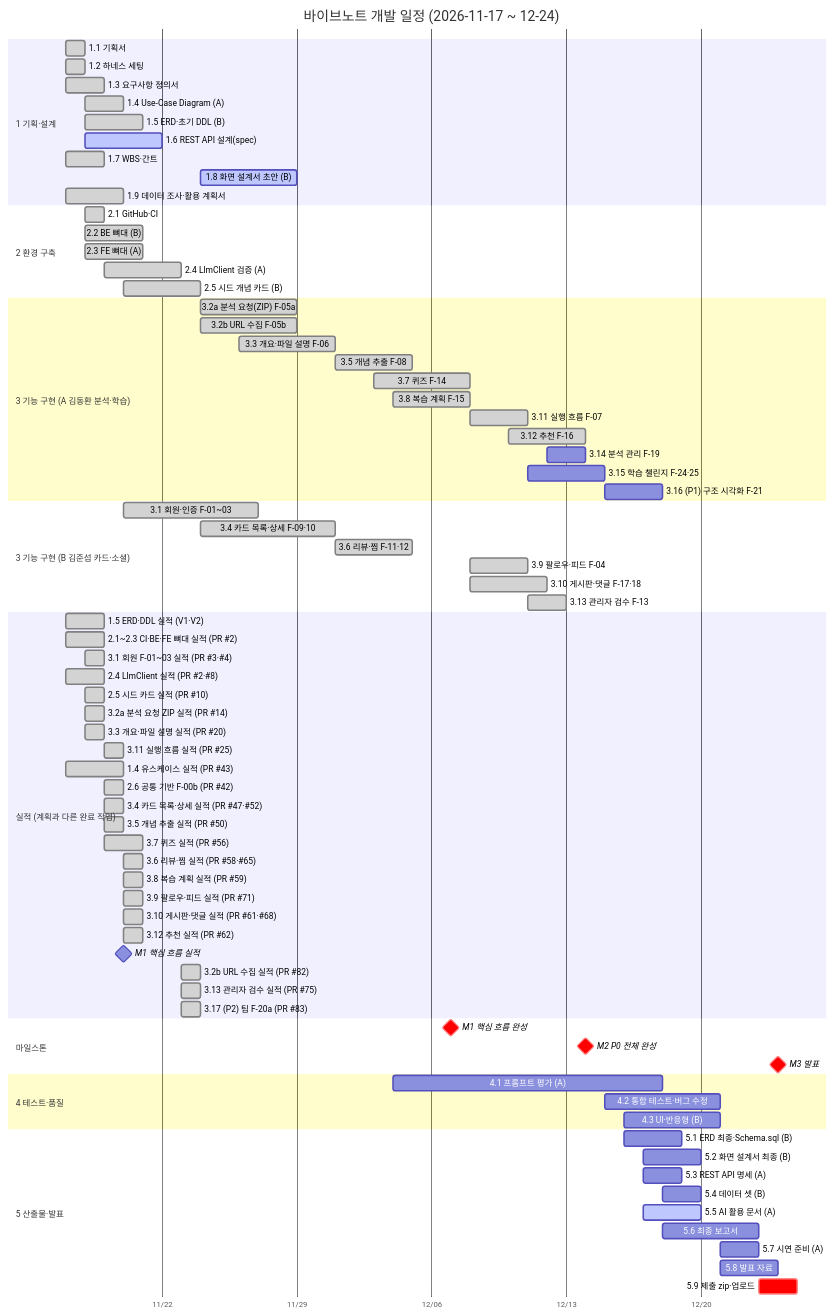
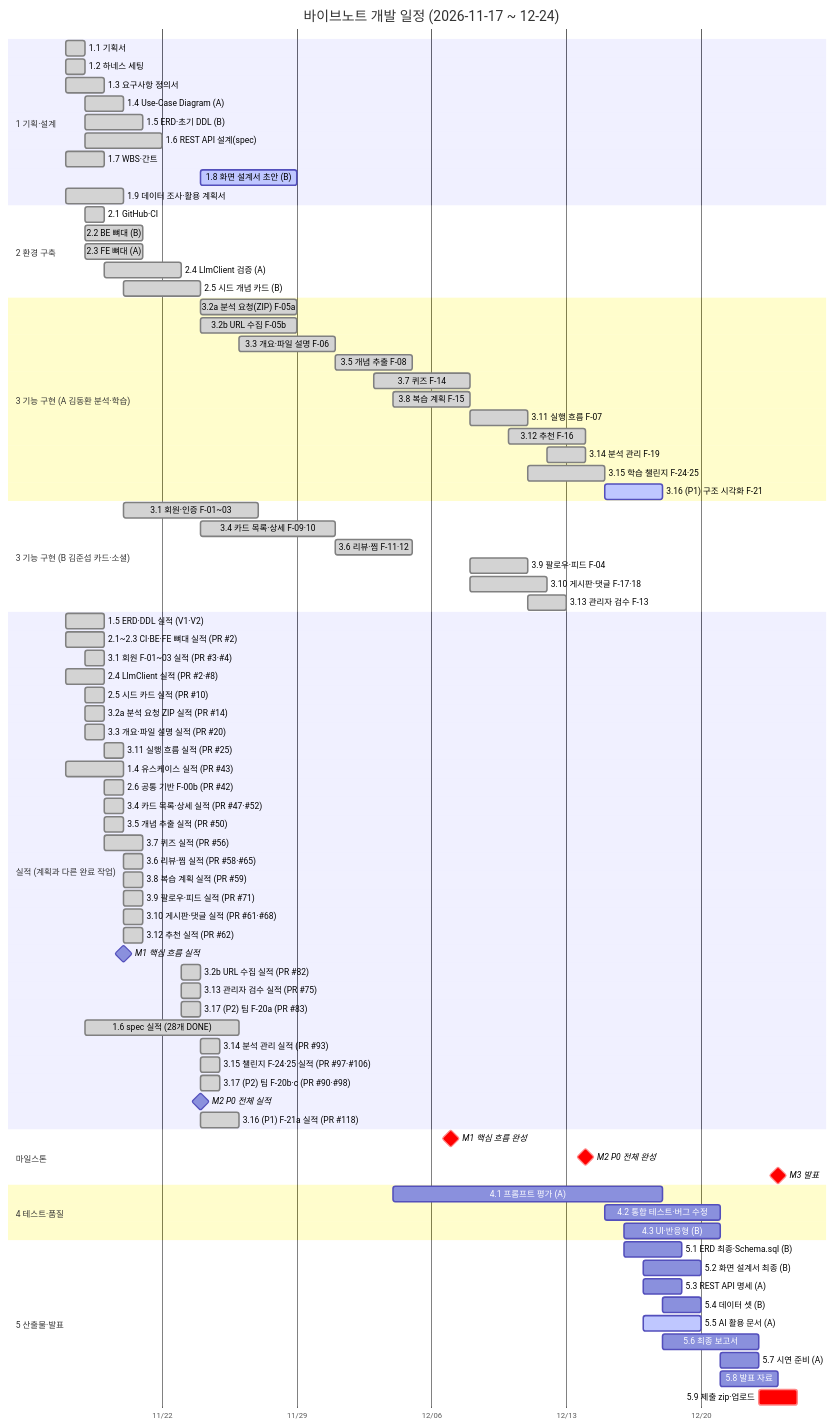
The diagram in docs/산출물/05-간트차트.md (whans1996/final), drawn with Mermaid before and after one commit. The commit also changed other lines of this file and 6 other files, not shown here.

```diff
--- a/docs/산출물/05-간트차트.md
+++ b/docs/산출물/05-간트차트.md
@@ -17,7 +17,7 @@
   1.3 요구사항 정의서            :done,    t13, 2026-11-17, 2d
   1.4 Use-Case Diagram (A)       :done,    t14, 2026-11-18, 2d
   1.5 ERD·초기 DDL (B)           :done,    t15, 2026-11-18, 3d
-  1.6 REST API 설계(spec)        :active,  t16, 2026-11-18, 4d
+  1.6 REST API 설계(spec)        :done,    t16, 2026-11-18, 4d
   1.7 WBS·간트                   :done,    t17, 2026-11-17, 2d
   1.8 화면 설계서 초안 (B)       :active,  t18, 2026-11-24, 5d
   1.9 데이터 조사·활용 계획서    :done,    t19, 2026-11-17, 3d
@@ -38,9 +38,9 @@
   3.8 복습 계획 F-15             :done,    t38, 2026-12-04, 4d
   3.11 실행 흐름 F-07            :done,    t311, 2026-12-08, 3d
   3.12 추천 F-16                 :done,    t312, 2026-12-10, 4d
-  3.14 분석 관리 F-19            :         t314, 2026-12-12, 2d
-  3.15 학습 챌린지 F-24·25       :         t315, 2026-12-11, 4d
-  3.16 (P1) 구조 시각화 F-21     :         t316, 2026-12-15, 3d
+  3.14 분석 관리 F-19            :done,    t314, 2026-12-12, 2d
+  3.15 학습 챌린지 F-24·25       :done,    t315, 2026-12-11, 4d
+  3.16 (P1) 구조 시각화 F-21     :active,  t316, 2026-12-15, 3d
 
   section 3 기능 구현 (B 김준섭 카드·소셜)
   3.1 회원·인증 F-01~03          :done,    t31, 2026-11-20, 7d
@@ -73,6 +73,12 @@
   3.2b URL 수집 실적 (PR #82)    :done,    a32b, 2026-11-23, 1d
   3.13 관리자 검수 실적 (PR #75) :done,    a313, 2026-11-23, 1d
   3.17 (P2) 팀 F-20a (PR #83)    :done,    a317, 2026-11-23, 1d
+  1.6 spec 실적 (28개 DONE)      :done,    a16, 2026-11-18, 8d
+  3.14 분석 관리 실적 (PR #93)   :done,    a314, 2026-11-24, 1d
+  3.15 챌린지 F-24·25 실적 (PR #97·#106) :done, a315, 2026-11-24, 1d
+  3.17 (P2) 팀 F-20b·c (PR #90·#98) :done, a317b, 2026-11-24, 1d
+  M2 P0 전체 실적                :milestone, am2, 2026-11-24, 0d
+  3.16 (P1) F-21a 실적 (PR #118) :done,    a316, 2026-11-24, 2d
 
   section 마일스톤
   M1 핵심 흐름 완성              :milestone, crit, m1, 2026-12-07, 0d
```
